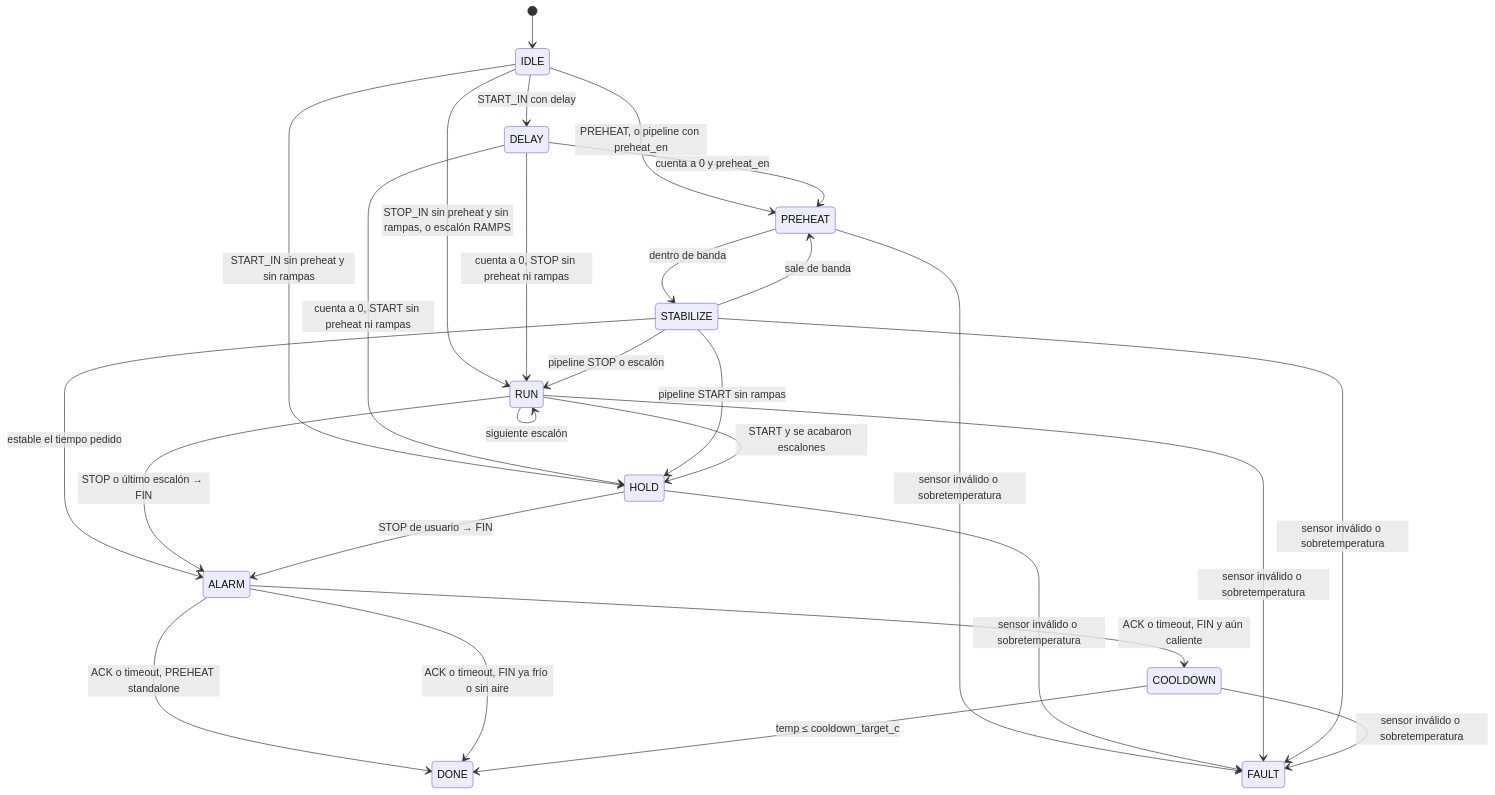
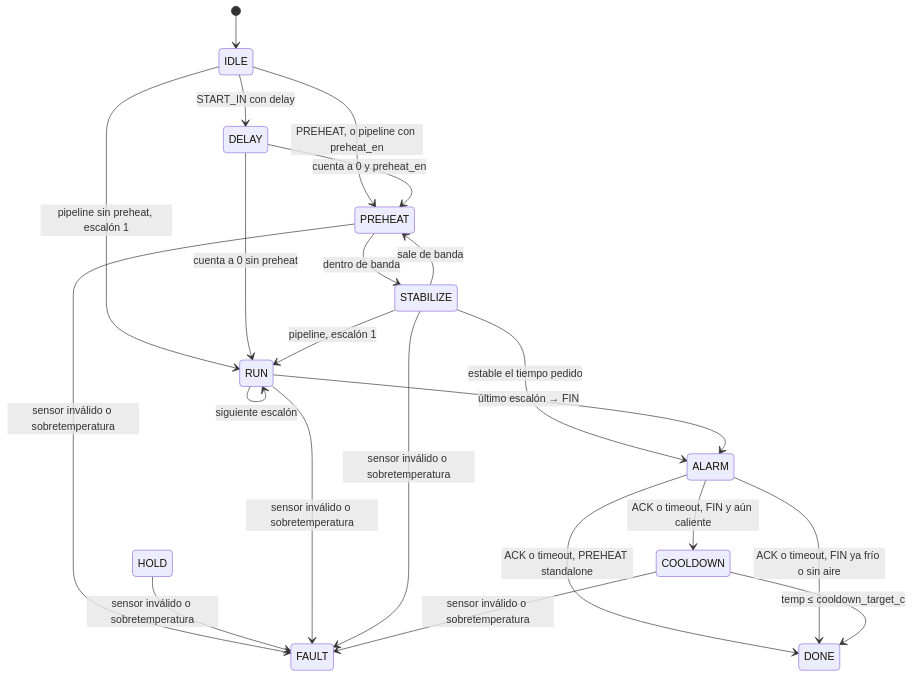
The fourth of 4 diagrams in doc/architecture.md (krisskira/smd-soldering-hotplate), drawn with Mermaid before and after one commit. The commit also changed other lines of this file and 25 other files, not shown here.

````diff
--- a/doc/architecture.md
+++ b/doc/architecture.md
@@ -150,29 +147,24 @@
 ```mermaid
 stateDiagram-v2
     [*] --> IDLE
     IDLE --> DELAY: START_IN con delay
     IDLE --> PREHEAT: PREHEAT, o pipeline con preheat_en
-    IDLE --> HOLD: START_IN sin preheat y sin rampas
-    IDLE --> RUN: STOP_IN sin preheat y sin rampas, o escalón RAMPS
+    IDLE --> RUN: pipeline sin preheat, escalón 1
     DELAY --> PREHEAT: cuenta a 0 y preheat_en
-    DELAY --> HOLD: cuenta a 0, START sin preheat ni rampas
-    DELAY --> RUN: cuenta a 0, STOP sin preheat ni rampas
+    DELAY --> RUN: cuenta a 0 sin preheat
     PREHEAT --> STABILIZE: dentro de banda
     STABILIZE --> PREHEAT: sale de banda
     STABILIZE --> ALARM: estable el tiempo pedido
-    STABILIZE --> HOLD: pipeline START sin rampas
-    STABILIZE --> RUN: pipeline STOP o escalón
+    STABILIZE --> RUN: pipeline, escalón 1
     RUN --> RUN: siguiente escalón
-    RUN --> HOLD: START y se acabaron escalones
-    RUN --> ALARM: STOP o último escalón → FIN
-    HOLD --> ALARM: STOP de usuario → FIN
+    RUN --> ALARM: último escalón → FIN
     ALARM --> DONE: ACK o timeout, PREHEAT standalone
     ALARM --> COOLDOWN: ACK o timeout, FIN y aún caliente
     ALARM --> DONE: ACK o timeout, FIN ya frío o sin aire
     COOLDOWN --> DONE: temp ≤ cooldown_target_c
     PREHEAT --> FAULT: sensor inválido o sobretemperatura
     HOLD --> FAULT: sensor inválido o sobretemperatura
     RUN --> FAULT: sensor inválido o sobretemperatura
     STABILIZE --> FAULT: sensor inválido o sobretemperatura
     COOLDOWN --> FAULT: sensor inválido o sobretemperatura
 ```
````
